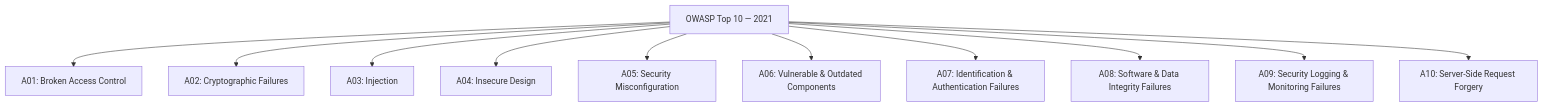
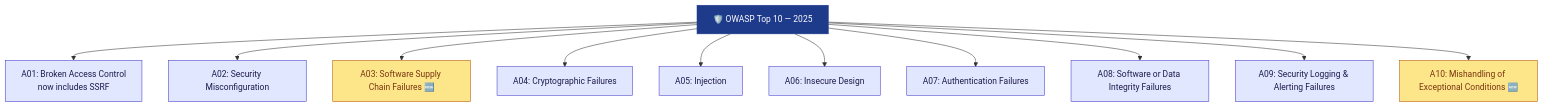
Before and after one commit to ghanendra-sdet/non-functional-testing-playbook: the first of 2 diagrams in Part_04_Security_Testing_Fundamentals_OWASP.md, drawn with Mermaid. The commit also changed other lines of this file and 15 other files, not shown here.

Commit message:
Fix ToC anchors and theme re-render; update to OWASP 2025, WCAG 2.2, PCI DSS 4.0.1; style diagrams

````diff
--- a/Part_04_Security_Testing_Fundamentals_OWASP.md
+++ b/Part_04_Security_Testing_Fundamentals_OWASP.md
@@ -141,13 +142,20 @@
 ```mermaid
 graph TD
-    OWASP[OWASP Top 10 — 2021] --> A01[A01: Broken Access Control]
-    OWASP --> A02[A02: Cryptographic Failures]
-    OWASP --> A03[A03: Injection]
-    OWASP --> A04[A04: Insecure Design]
-    OWASP --> A05[A05: Security Misconfiguration]
-    OWASP --> A06[A06: Vulnerable & Outdated Components]
-    OWASP --> A07[A07: Identification & Authentication Failures]
-    OWASP --> A08[A08: Software & Data Integrity Failures]
-    OWASP --> A09[A09: Security Logging & Monitoring Failures]
-    OWASP --> A10[A10: Server-Side Request Forgery]
+    OWASP[🛡️ OWASP Top 10 — 2025] --> A01[A01: Broken Access Control<br/>now includes SSRF]
+    OWASP --> A02[A02: Security Misconfiguration]
+    OWASP --> A03[A03: Software Supply Chain Failures 🆕]
+    OWASP --> A04[A04: Cryptographic Failures]
+    OWASP --> A05[A05: Injection]
+    OWASP --> A06[A06: Insecure Design]
+    OWASP --> A07[A07: Authentication Failures]
+    OWASP --> A08[A08: Software or Data Integrity Failures]
+    OWASP --> A09[A09: Security Logging & Alerting Failures]
+    OWASP --> A10[A10: Mishandling of Exceptional Conditions 🆕]
+
+    classDef root fill:#1e3a8a,stroke:#1e3a8a,color:#ffffff
+    classDef newcat fill:#fde68a,stroke:#b45309,color:#78350f
+    classDef cat fill:#e0e7ff,stroke:#4338ca,color:#1e1b4b
+    class OWASP root
+    class A03,A10 newcat
+    class A01,A02,A04,A05,A06,A07,A08,A09 cat
 ```
````
